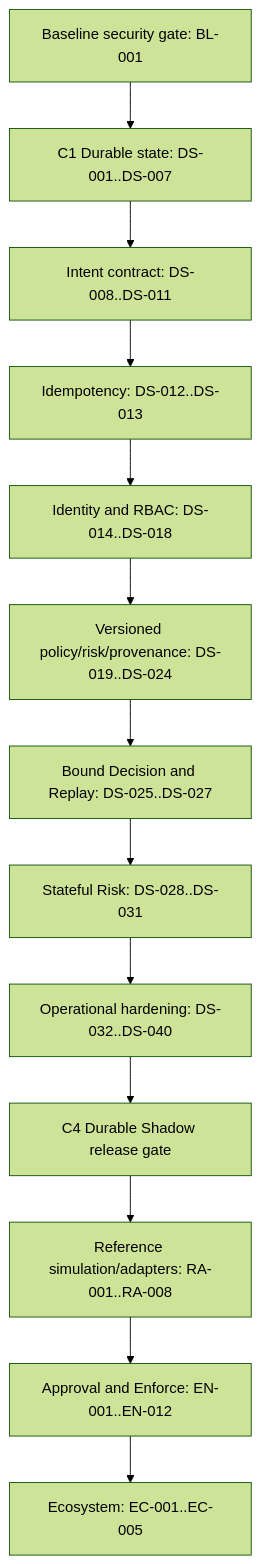
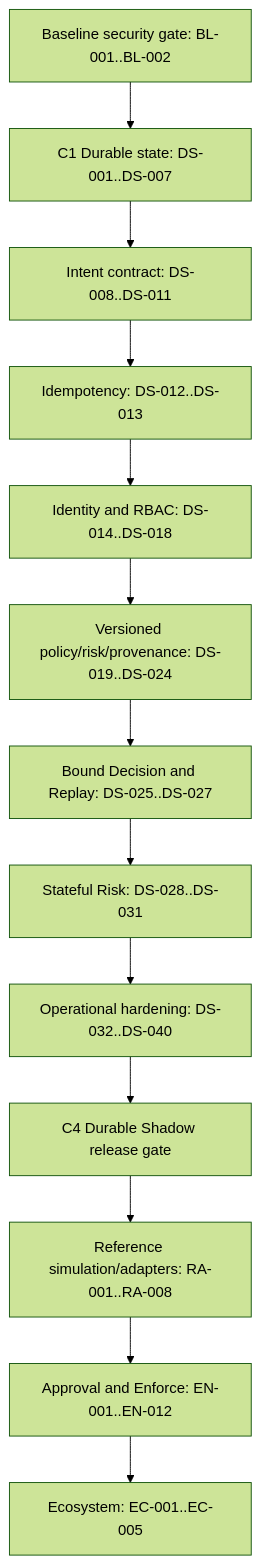
Before and after one commit to chuhemiao/agentic-transaction-firewall: the diagram in tasks/plan.md, drawn with Mermaid (forest theme). The commit also changed other lines of this file and 15 other files, not shown here.

Commit message:
Reject unreviewed dependency graph drift

````diff
--- a/tasks/plan.md
+++ b/tasks/plan.md
@@ -138,19 +141,19 @@
 ```mermaid
 flowchart TD
-  Z["Baseline security gate: BL-001"]
+  Z["Baseline security gate: BL-001..BL-002"]
   A["C1 Durable state: DS-001..DS-007"]
   B["Intent contract: DS-008..DS-011"]
   C["Idempotency: DS-012..DS-013"]
   D["Identity and RBAC: DS-014..DS-018"]
   E["Versioned policy/risk/provenance: DS-019..DS-024"]
   F["Bound Decision and Replay: DS-025..DS-027"]
   G["Stateful Risk: DS-028..DS-031"]
   H["Operational hardening: DS-032..DS-040"]
   I["C4 Durable Shadow release gate"]
   J["Reference simulation/adapters: RA-001..RA-008"]
   K["Approval and Enforce: EN-001..EN-012"]
   L["Ecosystem: EC-001..EC-005"]
 
   Z --> A --> B --> C --> D --> E --> F --> G --> H --> I
   I --> J --> K --> L
 ```
````
